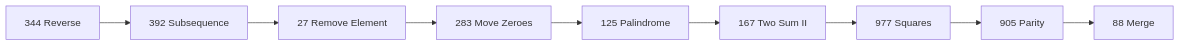
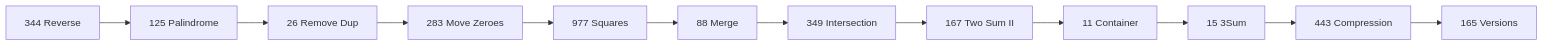
The diagram in docs/articles/algorithms/two-pointers.md (potapov11/main-js-moments), drawn with Mermaid before and after one commit. The commit also changed other lines of this file and 18 other files, not shown here.

````diff
--- a/docs/articles/algorithms/two-pointers.md
+++ b/docs/articles/algorithms/two-pointers.md
@@ -317,11 +255,14 @@
 ```mermaid
 flowchart LR
-  A[344 Reverse] --> B[392 Subsequence]
-  B --> C[27 Remove Element]
+  A[344 Reverse] --> B[125 Palindrome]
+  B --> C[26 Remove Dup]
   C --> D[283 Move Zeroes]
-  D --> E[125 Palindrome]
-  E --> F[167 Two Sum II]
-  F --> G[977 Squares]
-  G --> H[905 Parity]
-  H --> I[88 Merge]
+  D --> E[977 Squares]
+  E --> F[88 Merge]
+  F --> G[349 Intersection]
+  G --> H[167 Two Sum II]
+  H --> I[11 Container]
+  I --> J[15 3Sum]
+  J --> K[443 Compression]
+  K --> L[165 Versions]
 ```
````
